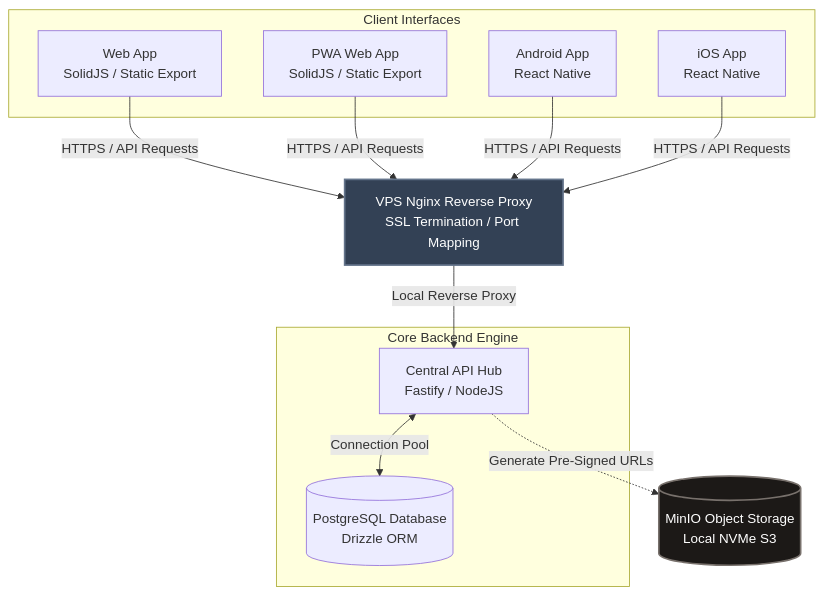
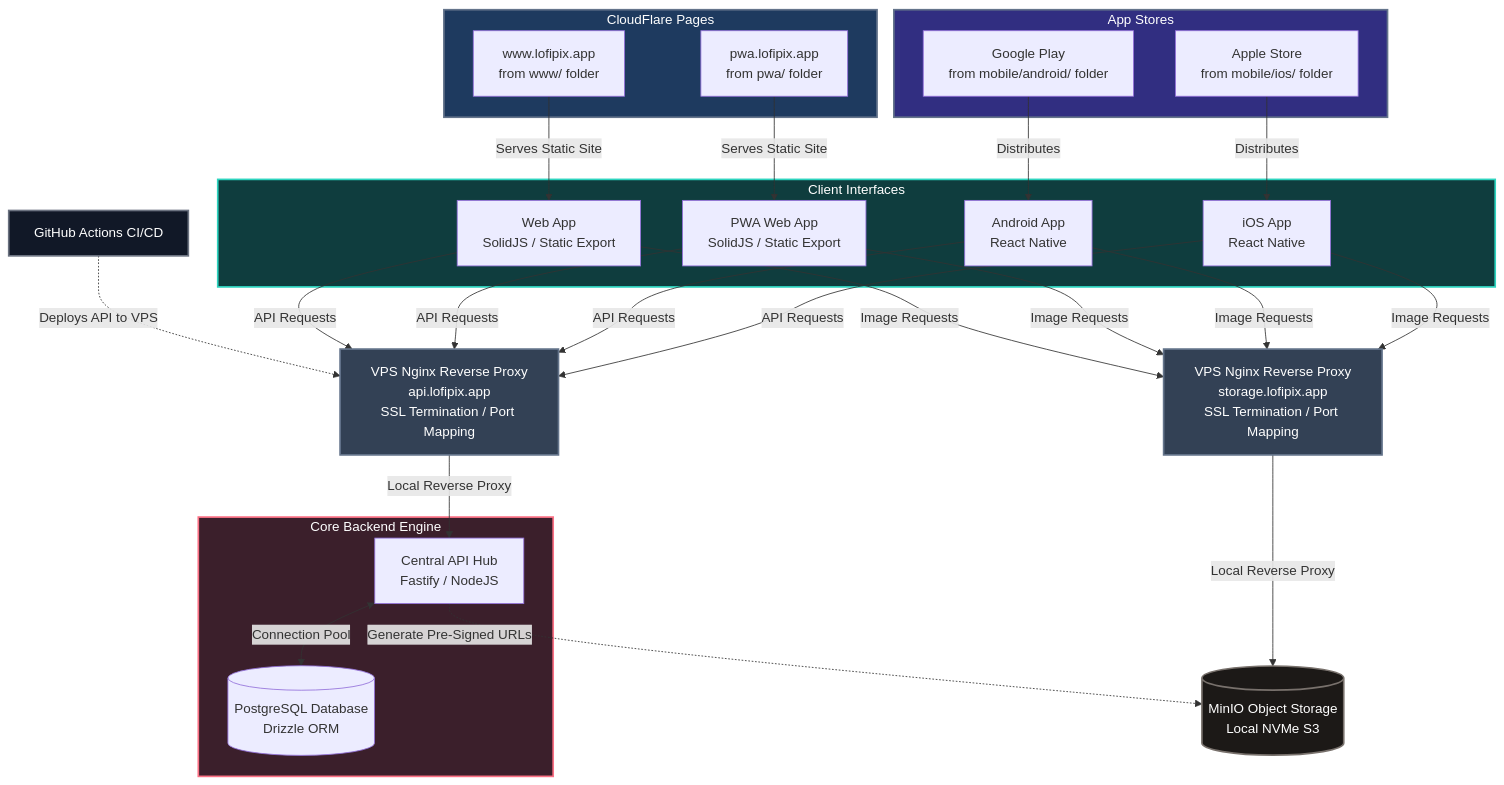
The diagram in README.md (pchilton/lofipix), drawn with Mermaid before and after one commit.

Commit message:
addition of MinIO edges, CloudFlare pages and App Store providers

````diff
--- a/README.md
+++ b/README.md
@@ -5,32 +5,63 @@
 ```mermaid
 graph TD
+    %% Static Hosting
+    subgraph CloudFlare [CloudFlare Pages]
+        CFWeb[www.lofipix.app<br>from www/ folder]
+        CFPWA[pwa.lofipix.app<br>from pwa/ folder]
+    end
+
+    %% App Stores
+    subgraph AppStores [App Stores]
+        GooglePlay[Google Play<br>from mobile/android/ folder]
+        AppleStore[Apple Store<br>from mobile/ios/ folder]
+    end
+
     %% Client Tier
     subgraph ClientInterfaces [Client Interfaces]
         Web[Web App<br>SolidJS / Static Export]
         PWA[PWA Web App<br>SolidJS / Static Export]
         Android[Android App<br>React Native]
         iOS[iOS App<br>React Native]
     end
 
     %% Network Entry
-    Proxy[VPS Nginx Reverse Proxy<br>SSL Termination / Port Mapping]
+    Proxy[VPS Nginx Reverse Proxy<br>api.lofipix.app<br>SSL Termination / Port Mapping]
+
+    %% Deployment
+    GHA[GitHub Actions CI/CD] -.->|Deploys API to VPS| Proxy
 
     %% Core Services
     subgraph CoreBackend [Core Backend Engine]
         API[Central API Hub<br>Fastify / NodeJS]
         DB[(PostgreSQL Database<br>Drizzle ORM)]
     end
 
+    StorageProxy[VPS Nginx Reverse Proxy<br>storage.lofipix.app<br>SSL Termination / Port Mapping]
+
     Storage[(MinIO Object Storage<br>Local NVMe S3)]
 
+    %% Hosting Routes
+    CFWeb -->|Serves Static Site| Web
+    CFPWA -->|Serves Static Site| PWA
+    GooglePlay -->|Distributes| Android
+    AppleStore -->|Distributes| iOS
+
     %% Traffic Routes
-    Web & PWA & Android & iOS -->|HTTPS / API Requests| Proxy
+    Web & PWA & Android & iOS -->|API Requests| Proxy
+    Web & PWA & Android & iOS -->|Image Requests| StorageProxy
     Proxy -->|Local Reverse Proxy| API
     API <-->|Connection Pool| DB
 
     API -.->|Generate Pre-Signed URLs| Storage
+    StorageProxy -->|Local Reverse Proxy| Storage
 
     %% Layout Classes for Styling
+    style CloudFlare fill:#1e3a5f,stroke:#64748b,stroke-width:2px,color:#fff
+    style AppStores fill:#312e81,stroke:#64748b,stroke-width:2px,color:#fff
+    style ClientInterfaces fill:#0f3d3e,stroke:#2dd4bf,stroke-width:2px,color:#fff
+    style CoreBackend fill:#3b1f2b,stroke:#fb7185,stroke-width:2px,color:#fff
     style Proxy fill:#334155,stroke:#64748b,stroke-width:2px,color:#fff
+    style StorageProxy fill:#334155,stroke:#64748b,stroke-width:2px,color:#fff
     style Storage fill:#1c1917,stroke:#78716c,stroke-width:2px,color:#fff
+    style GHA fill:#111827,stroke:#6b7280,stroke-width:2px,color:#fff
 ```
````
